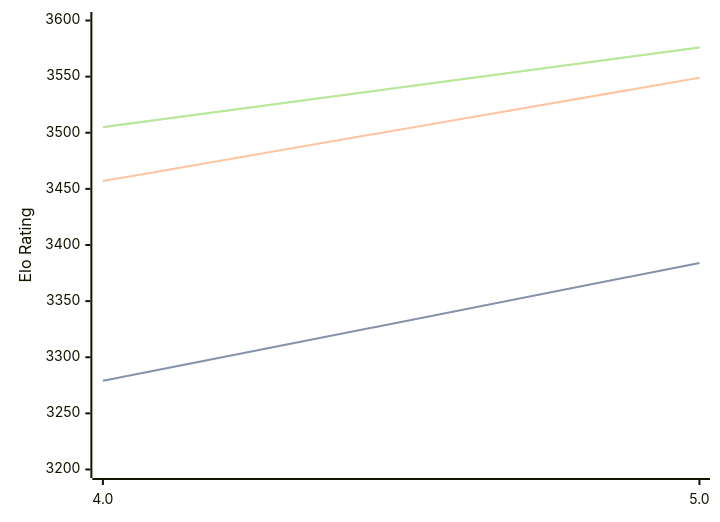
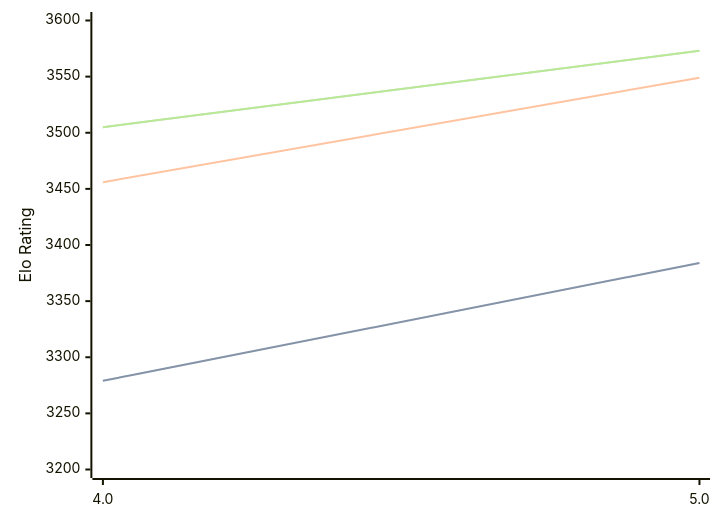
Before and after one commit to computer-chess-index/cci: the diagram in engines/Tarnished.md, drawn with Mermaid. The commit also changed other lines of this file, not shown here.

Commit message:
Update CCI Ratings (ELO VLTC) - 2026-03-22

````diff
--- a/engines/Tarnished.md
+++ b/engines/Tarnished.md
@@ -36,11 +36,11 @@
 ```mermaid
 %%{init: {"theme":"base","themeVariables":{"seriesColors:['#a3a3a3','#222221','#faa371']}}}%%
 xychart-beta
   x-axis ["4.0", "5.0"]
   y-axis "Elo Rating" 3200 --> 3600
   line "STC (8.0+0.08s)" [3279, 3384]
   line "STC (8.0+0.08s)" [3279, 3384]
-  line "LTC (60.0+0.60s)" [3457, 3549]
-  line "VLTC (2m24s+1.12s)" [3505, 3576]
-  line "VLTC (2m24s+1.12s)" [3505, 3576]
+  line "LTC (60.0+0.60s)" [3456, 3549]
+  line "VLTC (2m24s+1.12s)" [3505, 3573]
+  line "VLTC (2m24s+1.12s)" [3505, 3573]
 ```
````
